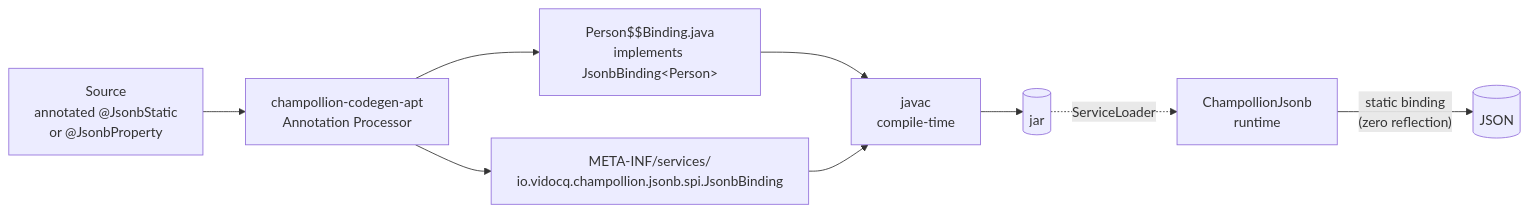
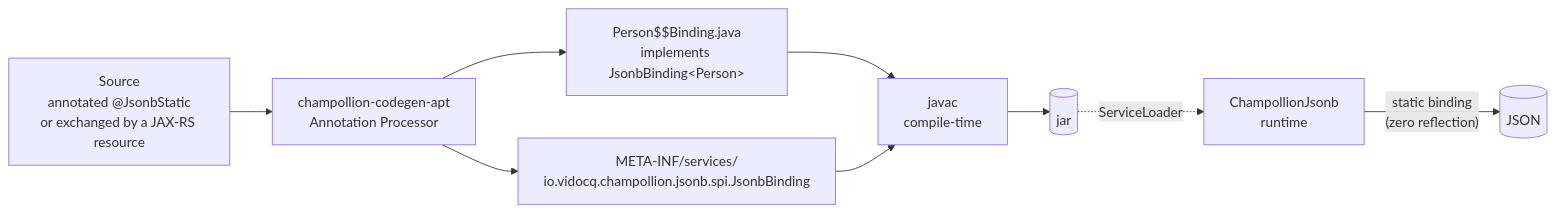
One commit to vidocq-stack/vidocq changed the fourth of 4 diagrams in vidocq-components/vidocq-components-jakartaee/vidocq-components-jakartaee-core/champollion/docs/en/modules/ROOT/pages/internals.adoc. Above: the diagram before and after it, drawn with Mermaid. The commit also changed other lines of this file and 176 other files, not shown here.

```diff
--- a/vidocq-components/vidocq-components-jakartaee/vidocq-components-jakartaee-core/champollion/docs/en/modules/ROOT/pages/internals.adoc
+++ b/vidocq-components/vidocq-components-jakartaee/vidocq-components-jakartaee-core/champollion/docs/en/modules/ROOT/pages/internals.adoc
@@ -173,12 +174,12 @@
 [mermaid]
 ....
 flowchart LR
-    src[Source<br/>annotated @JsonbStatic<br/>or @JsonbProperty] --> apt[champollion-codegen-apt<br/>Annotation Processor]
+    src[Source<br/>annotated @JsonbStatic<br/>or exchanged by a JAX-RS resource] --> apt[champollion-codegen-apt<br/>Annotation Processor]
     apt --> bind[Person$$Binding.java<br/>implements JsonbBinding&lt;Person&gt;]
     apt --> svc[META-INF/services/<br/>io.vidocq.champollion.jsonb.spi.JsonbBinding]
     bind --> javac[javac<br/>compile-time]
     svc --> javac
     javac --> jar[(jar)]
     jar -. ServiceLoader .-> rt[ChampollionJsonb<br/>runtime]
     rt -- "static binding<br/>(zero reflection)" --> out[(JSON)]
 ....
```
